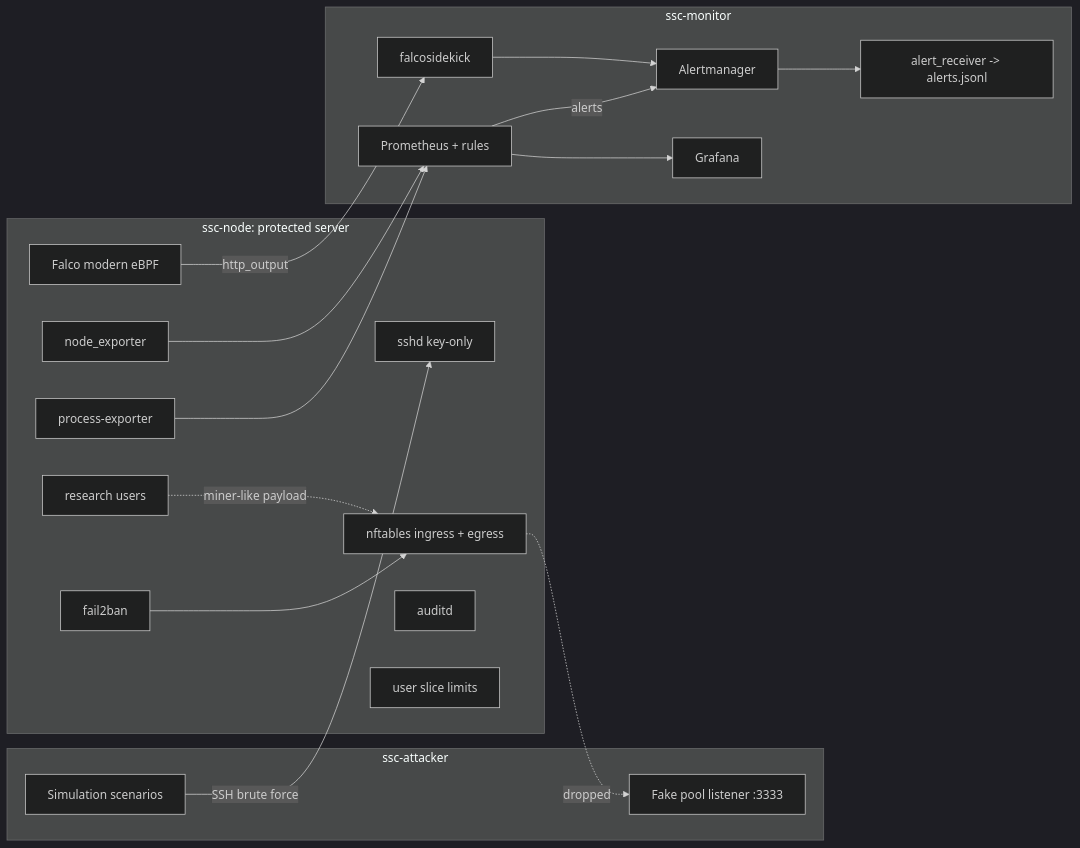
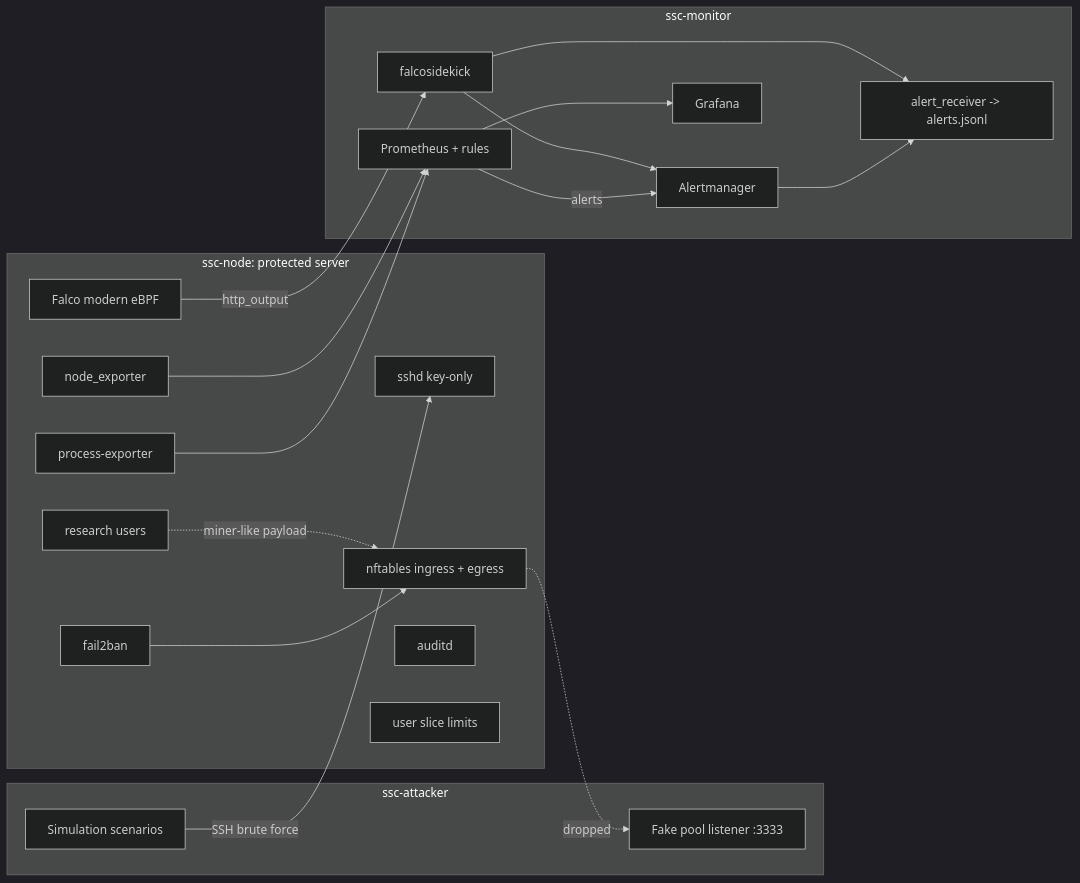
Before and after one commit to DeepakKTS/secure-shared-compute-node: the diagram in docs/ARCHITECTURE.md, drawn with Mermaid (dark theme). The commit also changed other lines of this file and 24 other files, not shown here.

````diff
--- a/docs/ARCHITECTURE.md
+++ b/docs/ARCHITECTURE.md
@@ -5,34 +5,35 @@
 ```mermaid
 flowchart LR
   subgraph attacker[ssc-attacker]
     SIM[Simulation scenarios]
     POOL[Fake pool listener :3333]
   end
   subgraph node[ssc-node: protected server]
     SSH[sshd key-only]
     NFT[nftables ingress + egress]
     F2B[fail2ban]
     AUD[auditd]
     FAL[Falco modern eBPF]
     NE[node_exporter]
     PE[process-exporter]
     SL[user slice limits]
     USERS[research users]
   end
   subgraph monitor[ssc-monitor]
     PROM[Prometheus + rules]
     AM[Alertmanager]
     FSK[falcosidekick]
     RX[alert_receiver -> alerts.jsonl]
     GRAF[Grafana]
   end
   SIM -->|SSH brute force| SSH
   USERS -. miner-like payload .-> NFT
   NFT -. dropped .-> POOL
   F2B --> NFT
   FAL -->|http_output| FSK --> AM
+  FSK --> RX
   NE --> PROM
   PE --> PROM
   PROM -->|alerts| AM --> RX
   PROM --> GRAF
 ```
````
